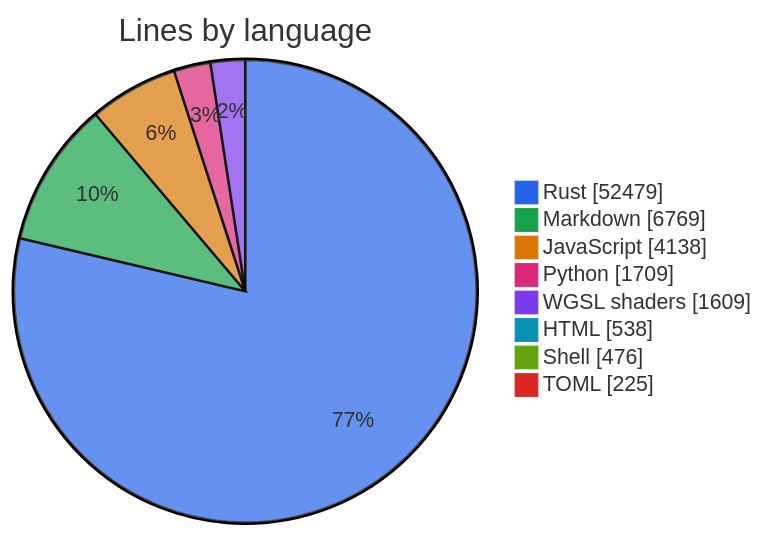
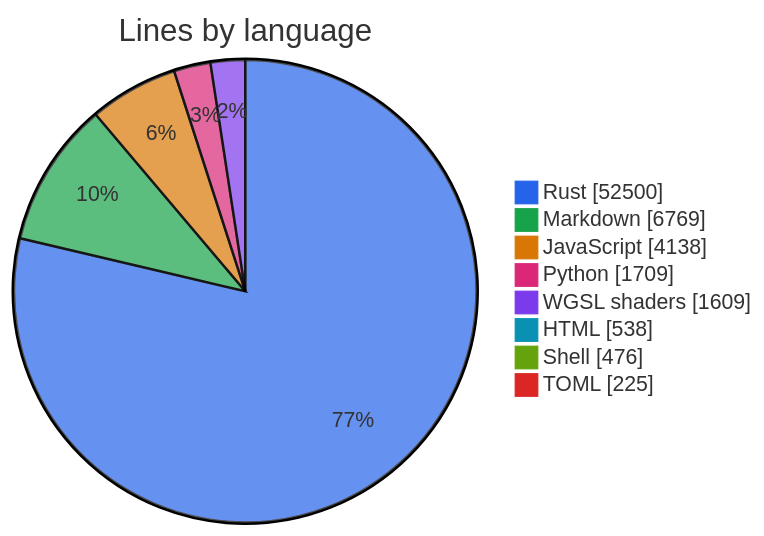
Before and after one commit to thomascherickal/ferrum-gpu: the first of 2 diagrams in metrics.md, drawn with Mermaid. The commit also changed other lines of this file and 63 other files, not shown here.

````diff
--- a/metrics.md
+++ b/metrics.md
@@ -22,12 +22,12 @@
 ```mermaid
 %%{init: {"theme": "base", "themeVariables": {"pie1": "#2563eb", "pie2": "#16a34a", "pie3": "#d97706", "pie4": "#db2777", "pie5": "#7c3aed", "pie6": "#0891b2", "pie7": "#65a30d", "pie8": "#dc2626"}}}%%
 pie showData title Lines by language
-    "Rust" : 52479
+    "Rust" : 52500
     "Markdown" : 6769
     "JavaScript" : 4138
     "Python" : 1709
     "WGSL shaders" : 1609
     "HTML" : 538
     "Shell" : 476
     "TOML" : 225
 ```
````
